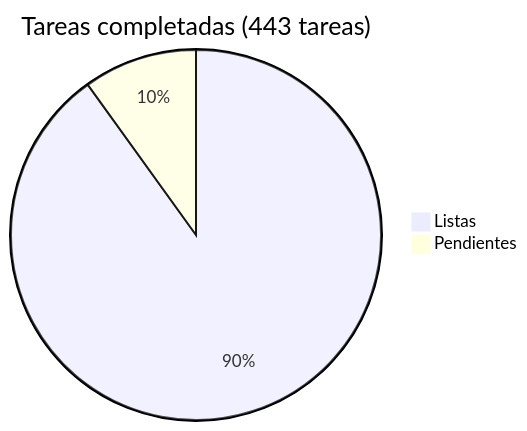
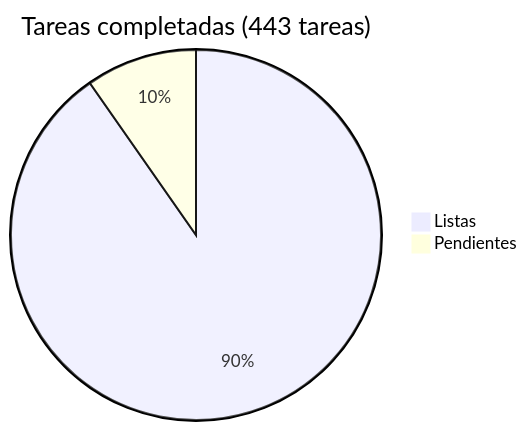
Before and after one commit to araguaney-lat/araguaney: the diagram in docs/roadmap/README.md, drawn with Mermaid. The commit also changed other lines of this file and 8 other files, not shown here.

First line of the commit message:
feat(traceability): milestones in the shipment timeline (phase 22, task 7) (#220)

````diff
--- a/docs/roadmap/README.md
+++ b/docs/roadmap/README.md
@@ -5,5 +5,5 @@
 ```mermaid
 pie title Tareas completadas (443 tareas)
-    "Listas" : 399
-    "Pendientes" : 44
+    "Listas" : 400
+    "Pendientes" : 43
 ```
````
